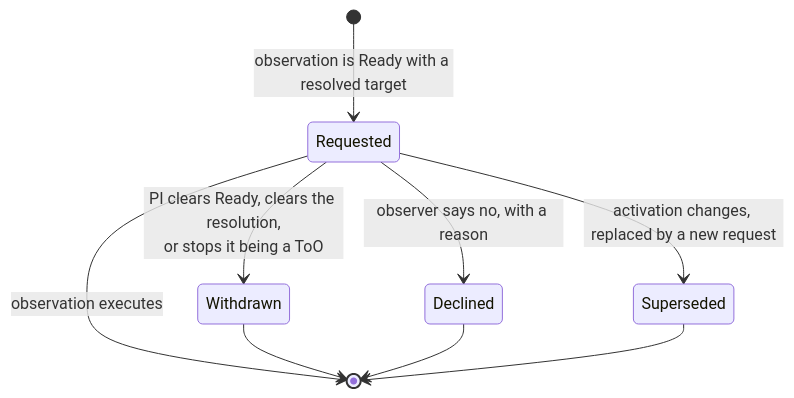
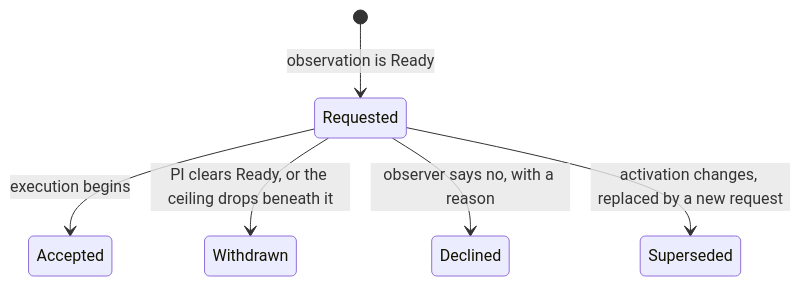
The diagram in notes/too-scheduling-overview.md (gemini-hlsw/lucuma-odb), drawn with Mermaid before and after one commit. The commit also changed other lines of this file and 66 other files, not shown here.

````diff
--- a/notes/too-scheduling-overview.md
+++ b/notes/too-scheduling-overview.md
@@ -209,11 +336,8 @@
 ```mermaid
 stateDiagram-v2
-    [*] --> Requested: observation is Ready with a resolved target
-    Requested --> Withdrawn: PI clears Ready, clears the resolution,<br/>or stops it being a ToO
+    [*] --> Requested: observation is Ready
+    Requested --> Accepted: execution begins
+    Requested --> Withdrawn: PI clears Ready, or the ceiling drops beneath it
     Requested --> Declined: observer says no, with a reason
     Requested --> Superseded: activation changes, replaced by a new request
-    Requested --> [*]: observation executes
-    Withdrawn --> [*]
-    Declined --> [*]
-    Superseded --> [*]
 ```
````
